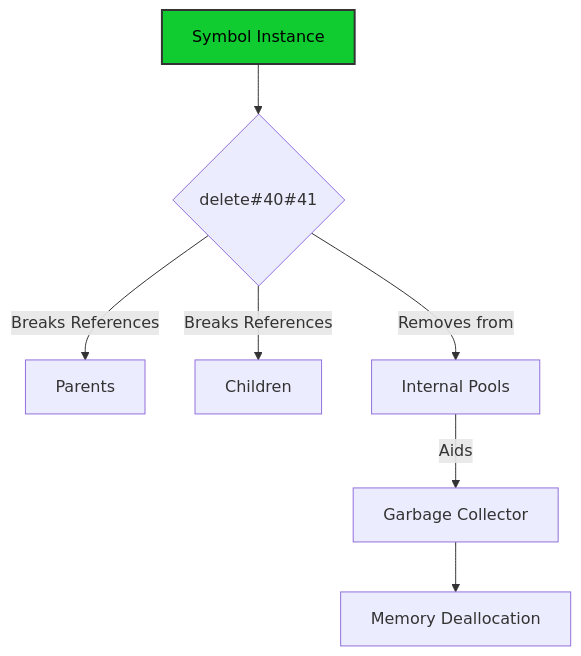
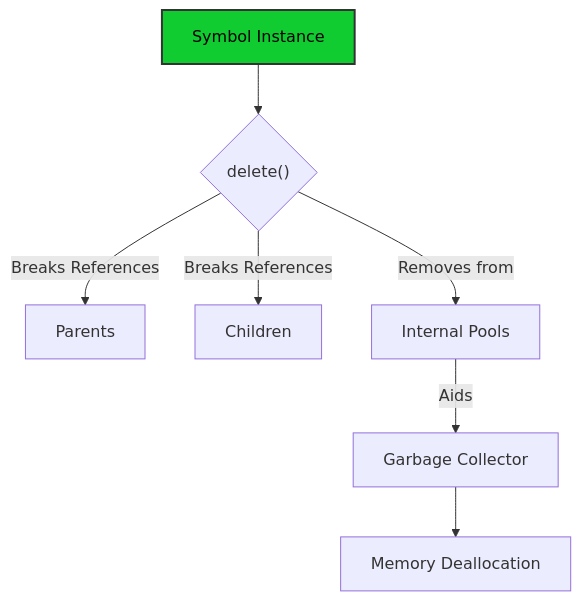
One commit to ikko/sym changed the first of 2 diagrams in docs/readme_details/10_memory_awareness/index.md. Above: the diagram before and after it, drawn with Mermaid. The commit also changed other lines of this file and 17 other files, not shown here.

````diff
--- a/docs/readme_details/10_memory_awareness/index.md
+++ b/docs/readme_details/10_memory_awareness/index.md
@@ -47,13 +47,13 @@
 ```mermaid
 graph TD
-    A[Symbol Instance] --> B{delete#40#41};
+    A[Symbol Instance] --> B{delete#40;#41;};
     B -- "Breaks References" --> C[Parents];
     B -- "Breaks References" --> D[Children];
     B -- "Removes from" --> E[Internal Pools];
     E -- "Aids" --> F[Garbage Collector];
     F --> G[Memory Deallocation];
 
     style A fill:#10cc31,stroke:#333,stroke-width:2px,color:#000000;
 
     style A fill:#10cc31,stroke:#333,stroke-width:2px,color:#000000;
 ```
````
